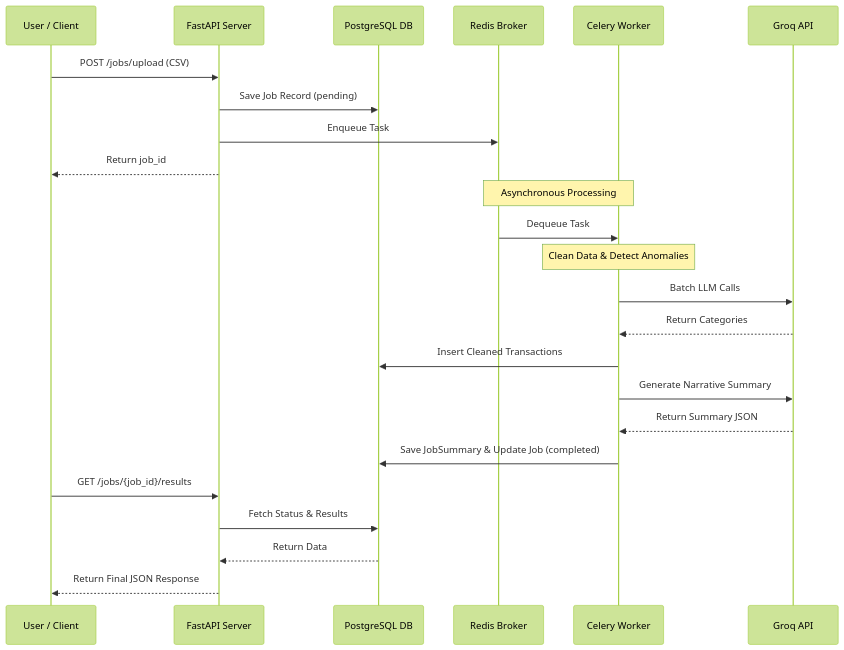
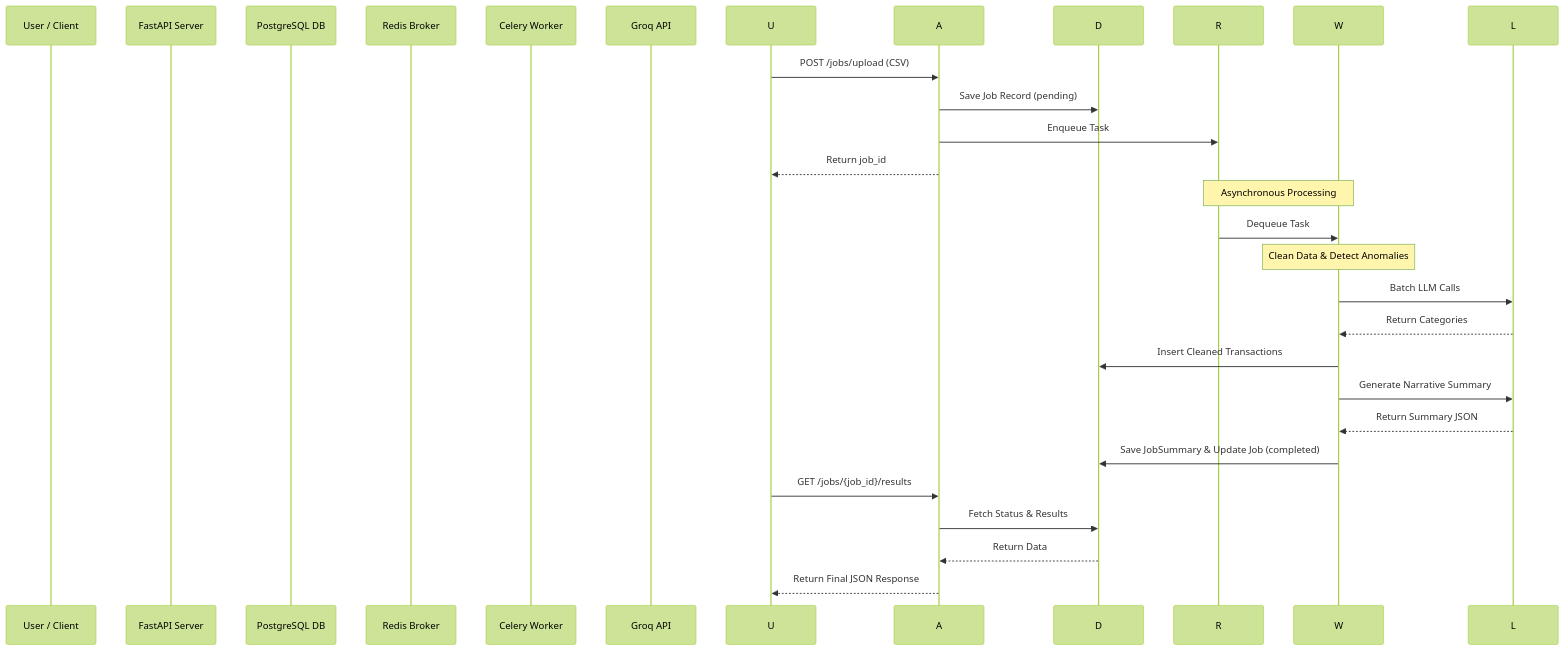
One commit to artorias-66/Alemeno-Assignment changed the first of 2 diagrams in README.md. Above: the diagram before and after it, drawn with Mermaid (forest theme). The commit also changed other lines of this file, not shown here.

Commit message:
docs: add comprehensive deployment topology diagram contrasting local and production architectures

````diff
--- a/README.md
+++ b/README.md
@@ -102,29 +102,29 @@
 ```mermaid
 sequenceDiagram
-    participant U as User / Client
-    participant A as FastAPI Server
-    participant D as PostgreSQL DB
-    participant R as Redis Broker
-    participant W as Celery Worker
-    participant L as Groq API
+    participant "U" as User / Client
+    participant "A" as FastAPI Server
+    participant "D" as PostgreSQL DB
+    participant "R" as Redis Broker
+    participant "W" as Celery Worker
+    participant "L" as Groq API
 
     U->>A: POST /jobs/upload (CSV)
     A->>D: Save Job Record (pending)
     A->>R: Enqueue Task
     A-->>U: Return job_id
     
     Note over R, W: Asynchronous Processing
     R->>W: Dequeue Task
     Note over W: Clean Data & Detect Anomalies
     W->>L: Batch LLM Calls
     L-->>W: Return Categories
     W->>D: Insert Cleaned Transactions
     W->>L: Generate Narrative Summary
     L-->>W: Return Summary JSON
     W->>D: Save JobSummary & Update Job (completed)
     
     U->>A: GET /jobs/{job_id}/results
     A->>D: Fetch Status & Results
     D-->>A: Return Data
     A-->>U: Return Final JSON Response
 ```
````
